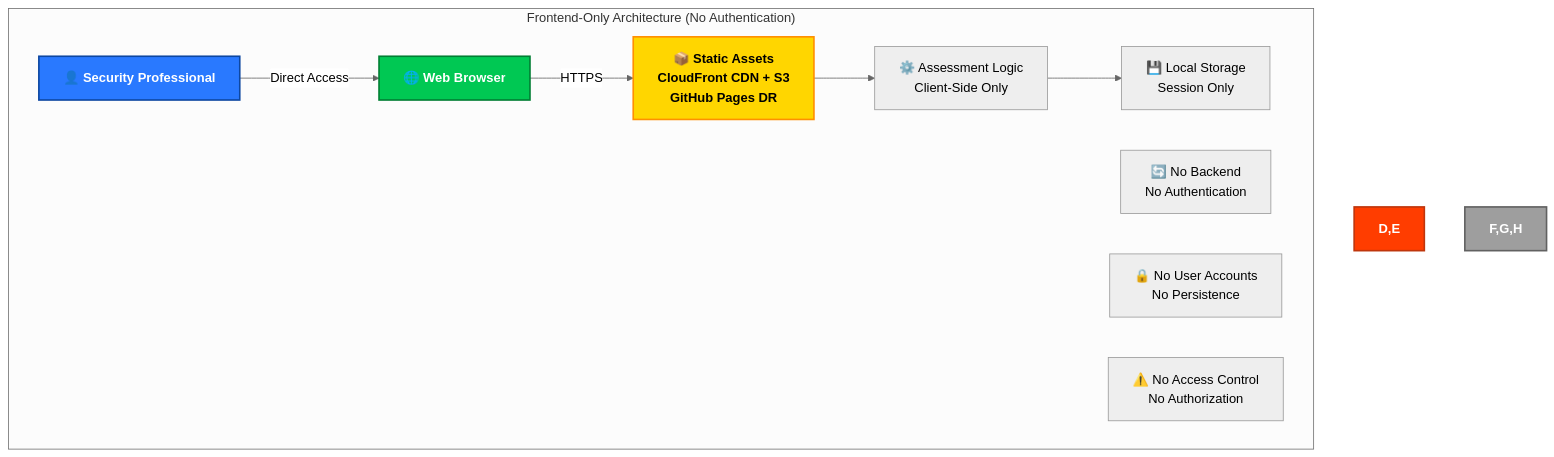
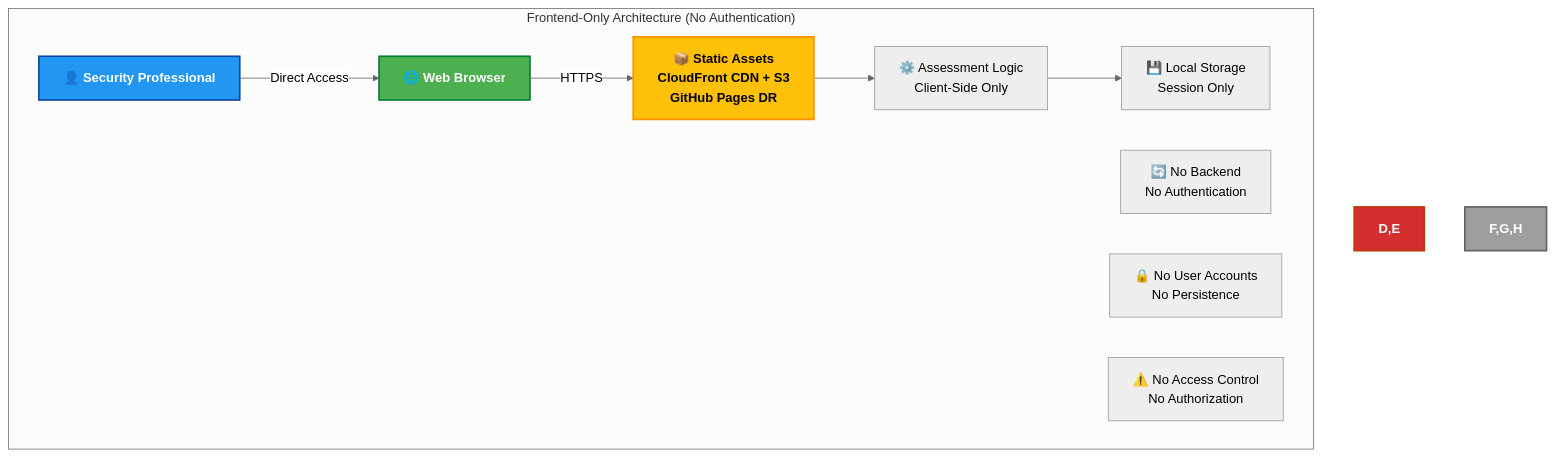
The first of 32 diagrams in docs/architecture/SECURITY_ARCHITECTURE.md (step-security-bot/cia-compliance-manager), drawn with Mermaid (neutral theme) before and after one commit. The commit also changed other lines of this file and 27 other files, not shown here.

First line of the commit message:
fix: resolve broken mermaid diagrams and improve color coding to match ISMS style guide (#1106)

````diff
--- a/docs/architecture/SECURITY_ARCHITECTURE.md
+++ b/docs/architecture/SECURITY_ARCHITECTURE.md
@@ -92,20 +92,20 @@
 ```mermaid
 flowchart TD
     subgraph "Frontend-Only Architecture (No Authentication)"
         A[👤 Security Professional] -->|"Direct Access"| B[🌐 Web Browser]
         B -->|"HTTPS"| C[📦 Static Assets<br/>CloudFront CDN + S3<br/>GitHub Pages DR]
 
         C --> D[⚙️ Assessment Logic<br/>Client-Side Only]
         D --> E[💾 Local Storage<br/>Session Only]
 
         F[🔄 No Backend<br/>No Authentication]
         G[🔒 No User Accounts<br/>No Persistence]
         H[⚠️ No Access Control<br/>No Authorization]
     end
 
-    style A fill:#2979FF,stroke:#0D47A1,stroke-width:2px,color:white,font-weight:bold
-    style B fill:#00C853,stroke:#007E33,stroke-width:2px,color:white,font-weight:bold
-    style C fill:#FFD600,stroke:#FF8F00,stroke-width:2px,color:black,font-weight:bold
-    style D,E fill:#FF3D00,stroke:#BF360C,stroke-width:2px,color:white,font-weight:bold
+    style A fill:#2196F3,stroke:#0D47A1,stroke-width:2px,color:white,font-weight:bold
+    style B fill:#4CAF50,stroke:#007E33,stroke-width:2px,color:white,font-weight:bold
+    style C fill:#FFC107,stroke:#FF8F00,stroke-width:2px,color:black,font-weight:bold
+    style D,E fill:#D32F2F,stroke:#BF360C,stroke-width:2px,color:white,font-weight:bold
     style F,G,H fill:#9E9E9E,stroke:#616161,stroke-width:2px,color:white,font-weight:bold
 ```
````
